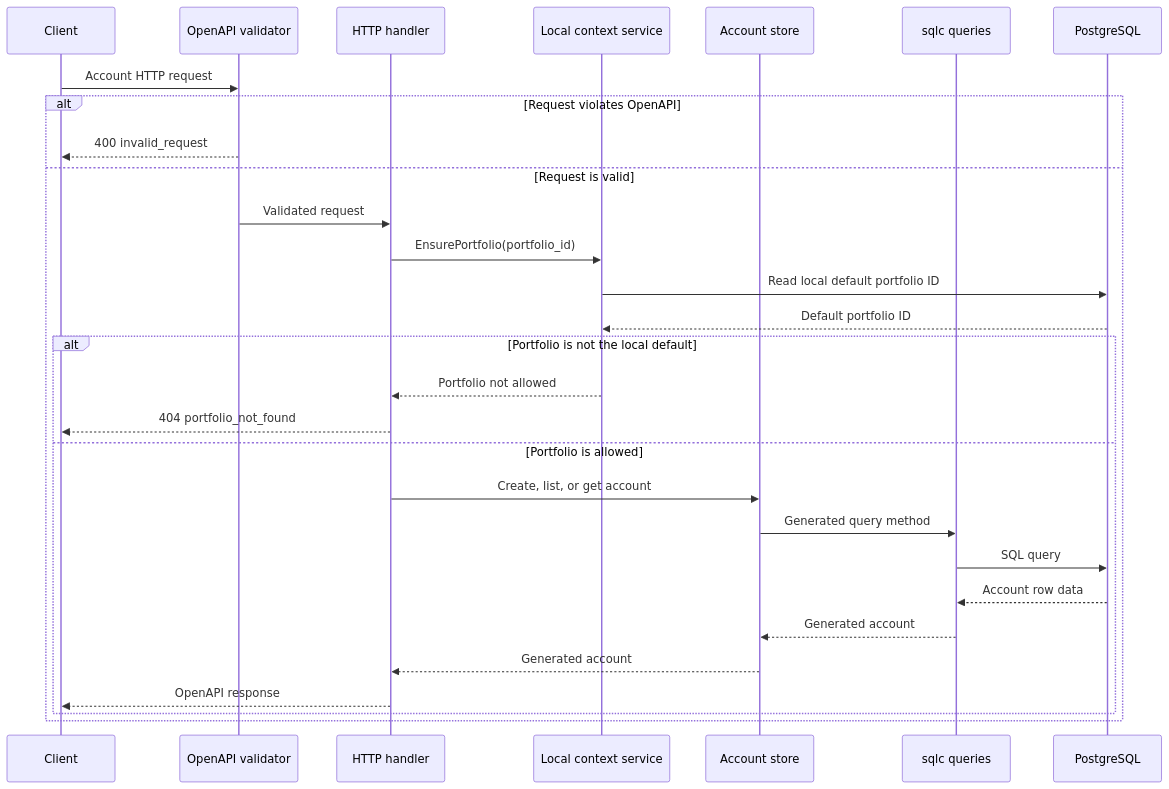
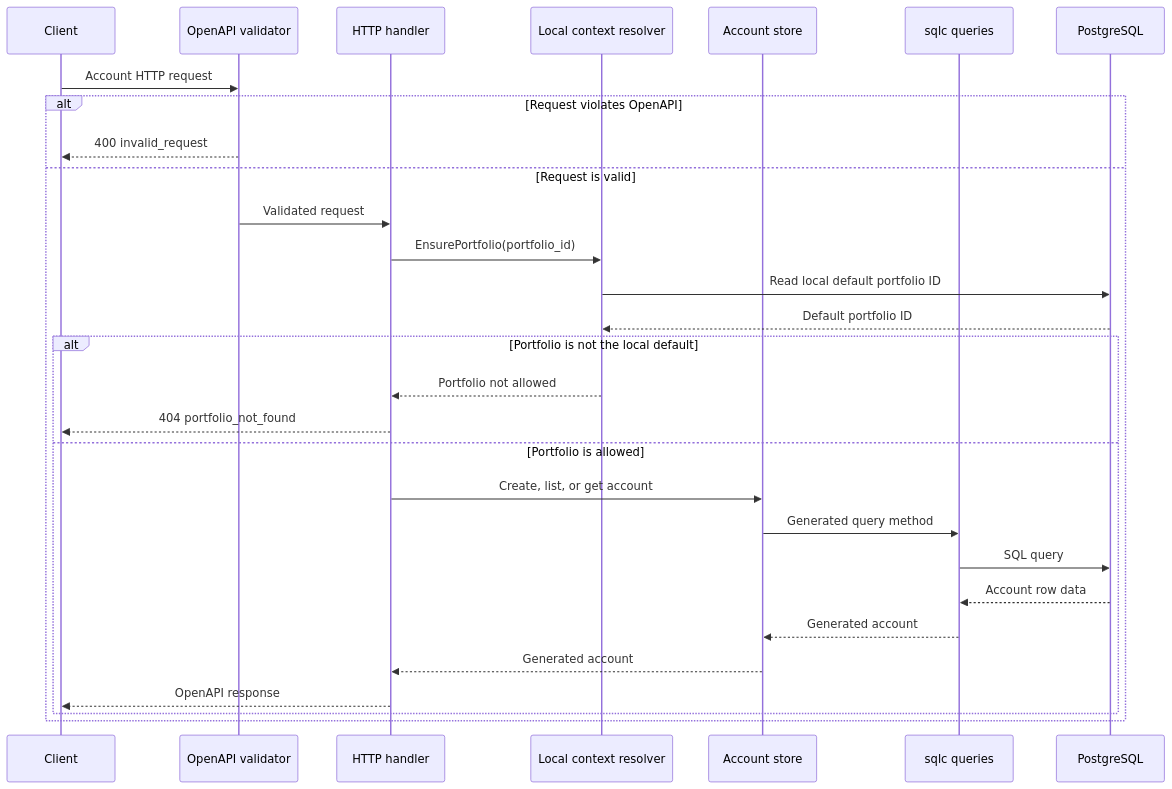
One commit to finsight-org/finsight changed the diagram in apps/api/docs/accounts.md. Above: the diagram before and after it, drawn with Mermaid. The commit also changed 67 other files, not shown here.

````diff
--- a/apps/api/docs/accounts.md
+++ b/apps/api/docs/accounts.md
@@ -11,32 +11,32 @@
 ```mermaid
 sequenceDiagram
     participant C as Client
     participant O as OpenAPI validator
     participant H as HTTP handler
-    participant L as Local context service
+    participant L as Local context resolver
     participant A as Account store
     participant Q as sqlc queries
     participant DB as PostgreSQL
 
     C->>O: Account HTTP request
     alt Request violates OpenAPI
         O-->>C: 400 invalid_request
     else Request is valid
         O->>H: Validated request
         H->>L: EnsurePortfolio(portfolio_id)
         L->>DB: Read local default portfolio ID
         DB-->>L: Default portfolio ID
         alt Portfolio is not the local default
             L-->>H: Portfolio not allowed
             H-->>C: 404 portfolio_not_found
         else Portfolio is allowed
             H->>A: Create, list, or get account
             A->>Q: Generated query method
             Q->>DB: SQL query
             DB-->>Q: Account row data
             Q-->>A: Generated account
             A-->>H: Generated account
             H-->>C: OpenAPI response
         end
     end
 ```
````
